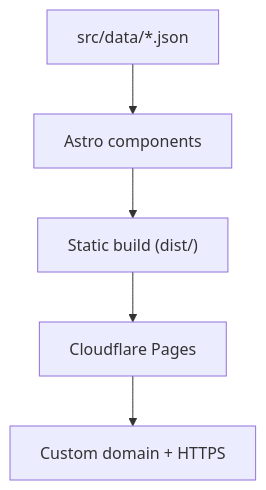
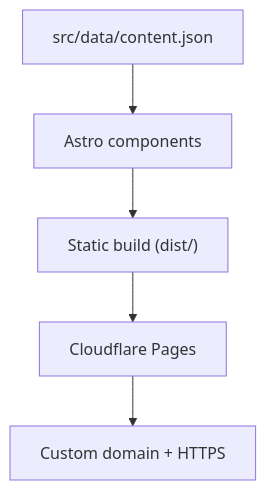
One commit to iamqq/eyepsy changed the diagram in README.md. Above: the diagram before and after it, drawn with Mermaid. The commit also changed other lines of this file and 14 other files, not shown here.

Commit message:
Consolidate site content into a single JSON config

````diff
--- a/README.md
+++ b/README.md
@@ -24,7 +24,7 @@
 ```mermaid
 flowchart TD
-    A["src/data/*.json"] --> B[Astro components]
+    A["src/data/content.json"] --> B[Astro components]
     B --> C["Static build (dist/)"]
     C --> D[Cloudflare Pages]
     D --> E["Custom domain + HTTPS"]
 ```
````
